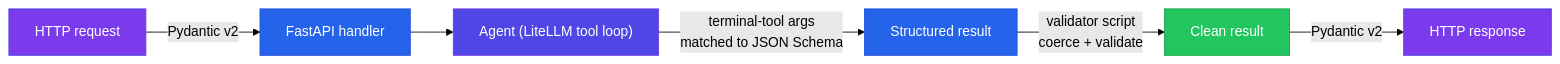
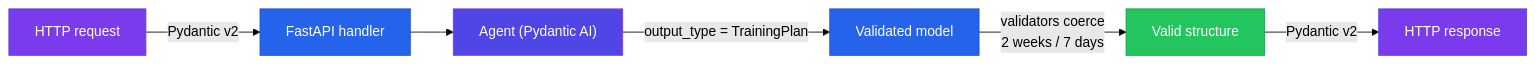
Before and after one commit to RomanRnlt/Athletly: the fourth of 6 diagrams in README.md, drawn with Mermaid (forest theme). The commit also changed other lines of this file, not shown here.

Commit message:
docs: README reflects the pydantic-ai plan/eval agents (chat coach stays on litellm)

````diff
--- a/README.md
+++ b/README.md
@@ -195,15 +195,15 @@
 ```mermaid
 flowchart LR
     A["HTTP request"] -->|"Pydantic v2"| B["FastAPI handler"]
-    B --> C["Agent (LiteLLM tool loop)"]
-    C -->|"terminal-tool args<br/>matched to JSON Schema"| D["Structured result"]
-    D -->|"validator script<br/>coerce + validate"| E["Clean result"]
+    B --> C["Agent (Pydantic AI)"]
+    C -->|"output_type = TrainingPlan"| D["Validated model"]
+    D -->|"validators coerce<br/>2 weeks / 7 days"| E["Valid structure"]
     E -->|"Pydantic v2"| F["HTTP response"]
 
     style A fill:#7C3AED,stroke:#4F46E5,color:#fff
     style B fill:#2563EB,stroke:#1D4ED8,color:#fff
     style C fill:#4F46E5,stroke:#7C3AED,color:#fff
     style D fill:#2563EB,stroke:#1D4ED8,color:#fff
     style E fill:#22C55E,stroke:#16A34A,color:#fff
     style F fill:#7C3AED,stroke:#4F46E5,color:#fff
 ```
````
